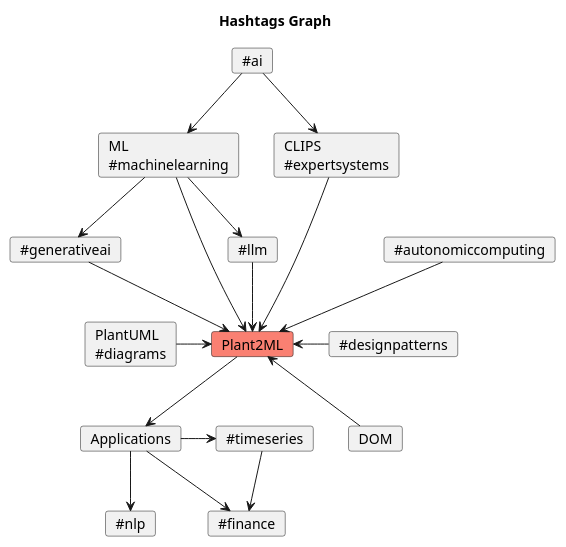
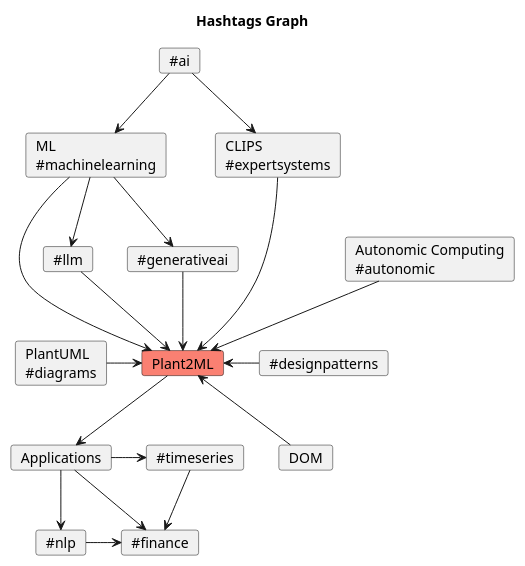
The diagram in diagrams/hashtags.puml (mirceat/Plant2ML-Weekly), drawn with PlantUML before and after one commit. The commit also changed 1 other file, not shown here.

Commit message:
Add arrow from nlp to finance hashtags.

```diff
--- a/diagrams/hashtags.puml
+++ b/diagrams/hashtags.puml
@@ -1,38 +1,39 @@
 @startuml
 
 title Hashtags Graph
 
 card "Plant2ML" as Plant2ML #salmon
 card "PlantUML\n~#diagrams" as PlantUML
 card "ML\n~#machinelearning" as ML
 card "~#llm" as LLM
 card "~#ai" as AI
 card "CLIPS\n~#expertsystems" as ES
 card "~#generativeai" as GenerativeAI
 card Applications
 card "~#timeseries" as Timeseries
 card "~#nlp" as nlp
 card "~#finance" as Finance
 card "~#designpatterns" as DesignPatterns
-card "~#autonomiccomputing" as Autonomic
+card "Autonomic Computing\n~#autonomic" as Autonomic
 card DOM
 
 PlantUML -> Plant2ML
 ML --> Plant2ML
 ML --> LLM
 AI --> ML
 AI --> ES
 ML --> GenerativeAI
 GenerativeAI --> Plant2ML
 Applications -> Timeseries
 Timeseries --> Finance
 Applications --> nlp
 Plant2ML --> Applications
 Plant2ML <- DesignPatterns
 LLM --> Plant2ML
 ES --> Plant2ML
 Autonomic --> Plant2ML
 Plant2ML <-- DOM
 Applications --> Finance
+nlp -> Finance
 
 @enduml
```
